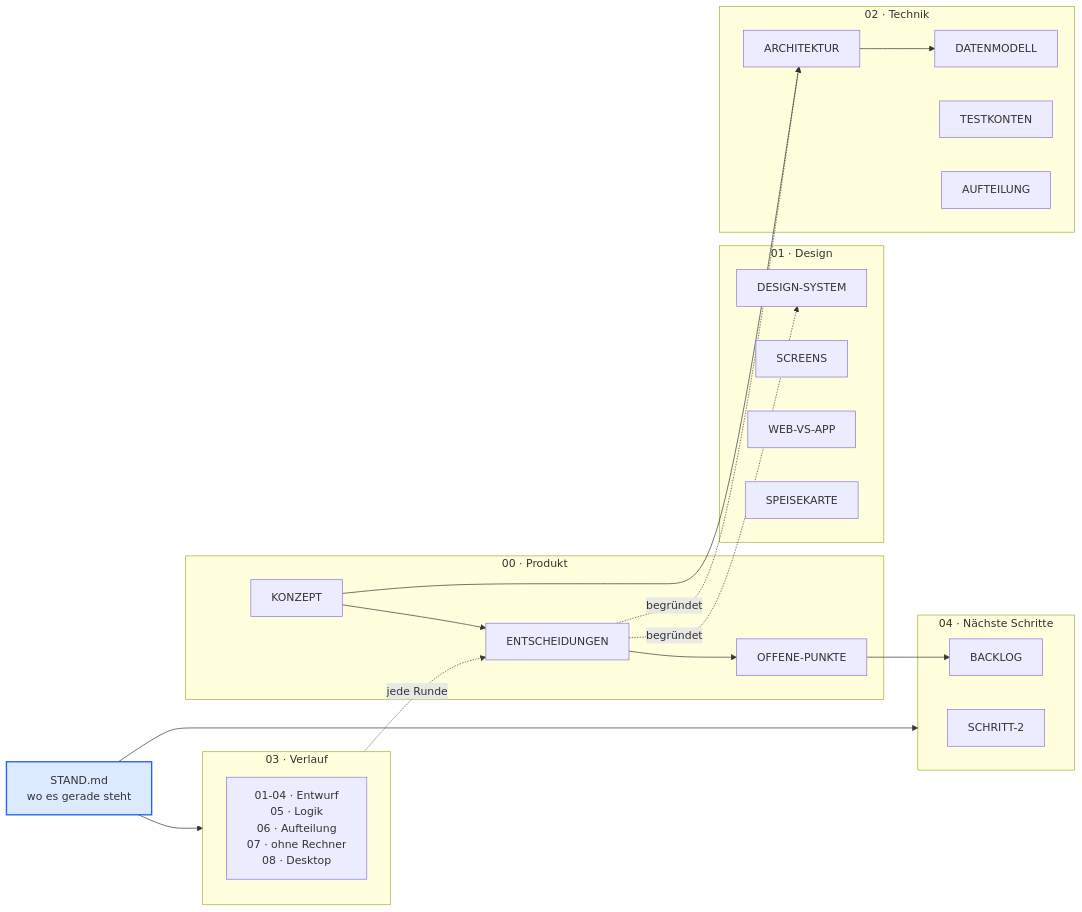
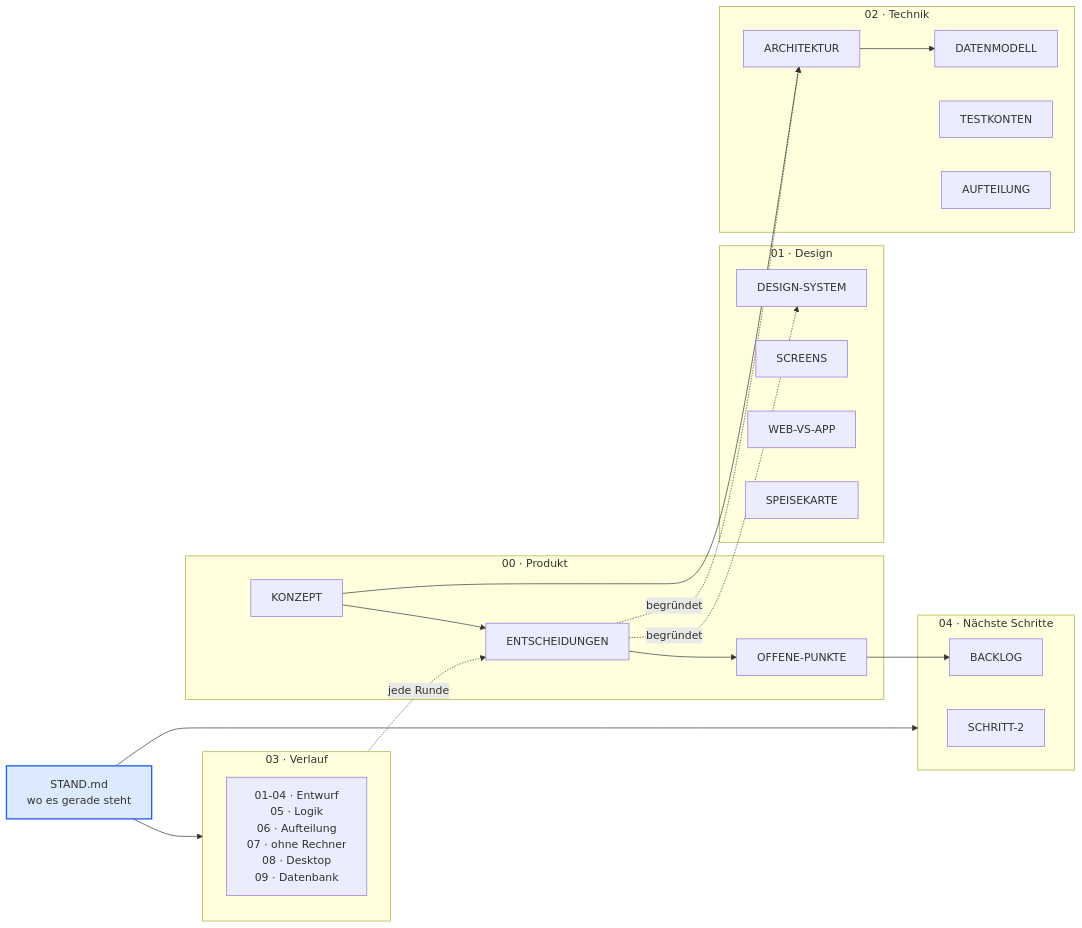
Before and after one commit to todidervogel/Brain: the diagram in README.md, drawn with Mermaid. The commit also changed 9 other files, not shown here.

````diff
--- a/README.md
+++ b/README.md
@@ -28,41 +28,41 @@
 ```mermaid
 flowchart LR
     STAND["STAND.md<br/>wo es gerade steht"]
 
     subgraph P ["00 · Produkt"]
         K[KONZEPT]
         E[ENTSCHEIDUNGEN]
         O[OFFENE-PUNKTE]
     end
     subgraph D ["01 · Design"]
         DS[DESIGN-SYSTEM]
         SC[SCREENS]
         WA[WEB-VS-APP]
         SP[SPEISEKARTE]
     end
     subgraph T ["02 · Technik"]
         AR[ARCHITEKTUR]
         DM[DATENMODELL]
         TK[TESTKONTEN]
         AU[AUFTEILUNG]
     end
     subgraph V ["03 · Verlauf"]
-        VR["01-04 · Entwurf<br/>05 · Logik<br/>06 · Aufteilung<br/>07 · ohne Rechner<br/>08 · Desktop"]
+        VR["01-04 · Entwurf<br/>05 · Logik<br/>06 · Aufteilung<br/>07 · ohne Rechner<br/>08 · Desktop<br/>09 · Datenbank"]
     end
     subgraph N ["04 · Nächste Schritte"]
         S2[SCHRITT-2]
         BL[BACKLOG]
     end
 
     STAND --> V
     STAND --> N
     K --> E --> O
     K --> AR
     E -.begründet.-> DS
     E -.begründet.-> AR
     AR --> DM
     V -.jede Runde.-> E
     O --> BL
 
     style STAND fill:#dbeafe,stroke:#2563eb,stroke-width:2px
 ```
````
